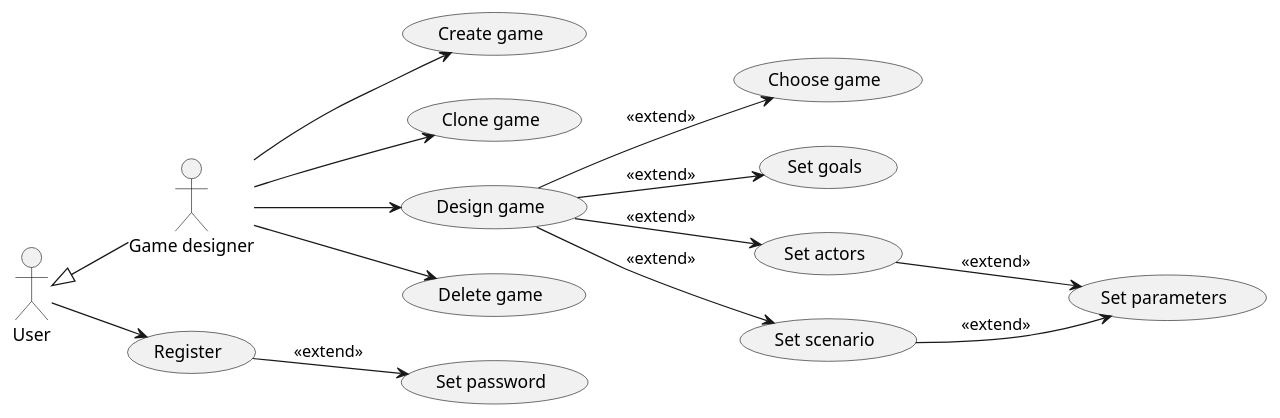
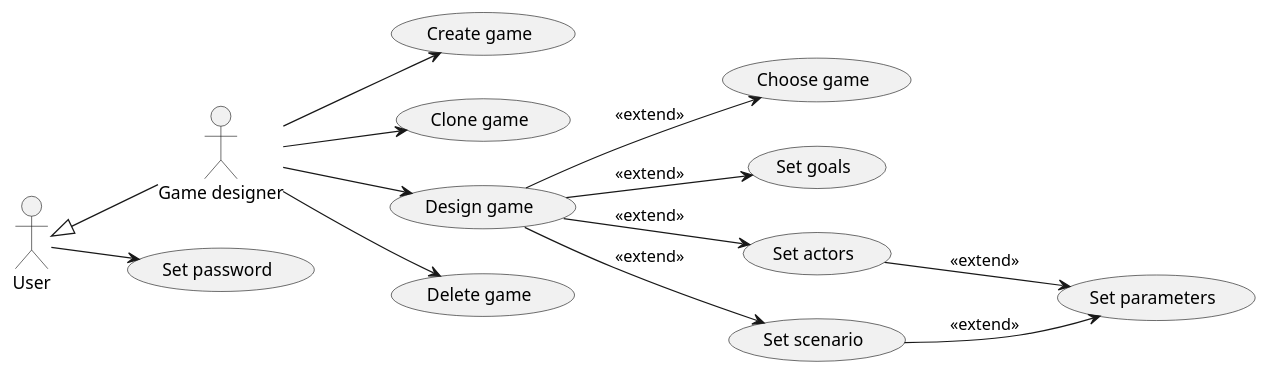
One commit to averbraeck/gscg-design changed the diagram in doc/1-use-cases/game-design.puml. Above: the diagram before and after it, drawn with PlantUML.

Commit message:
Users cannot register themselves

```diff
--- a/doc/1-use-cases/game-design.puml
+++ b/doc/1-use-cases/game-design.puml
@@ -1,23 +1,22 @@
 @startuml
 left to right direction
 
 "Game designer" as GD
 User <|-- GD
 
-User --> (Register)
-(Register) --> (Set password) : << extend >>
+User --> (Set password)
 
 GD --> (Create game)
 
 GD --> (Clone game)
 
 GD --> (Design game)
 (Design game) --> (Choose game) : << extend >>
 (Design game) --> (Set goals) : << extend >>
 (Design game) --> (Set actors) : << extend >>
 (Design game) --> (Set scenario) : << extend >>
 (Set scenario) --> (Set parameters) : << extend >>
 (Set actors) --> (Set parameters) : << extend >>
 
 GD --> (Delete game)
 @enduml
```
